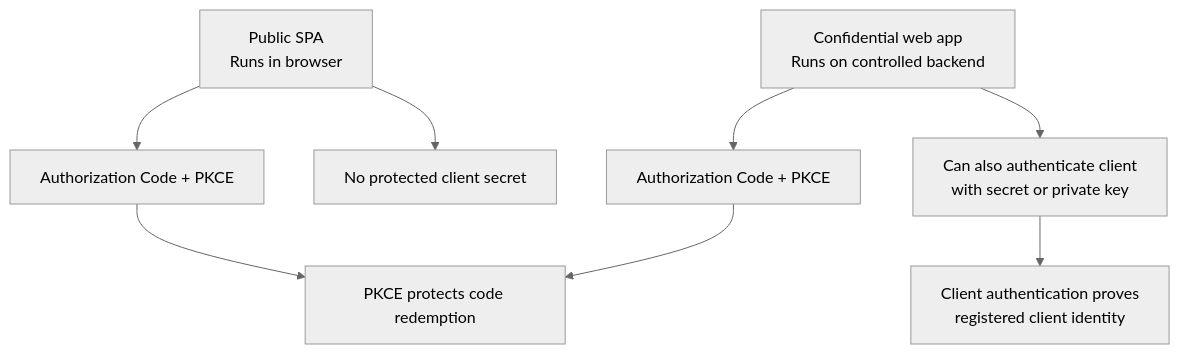
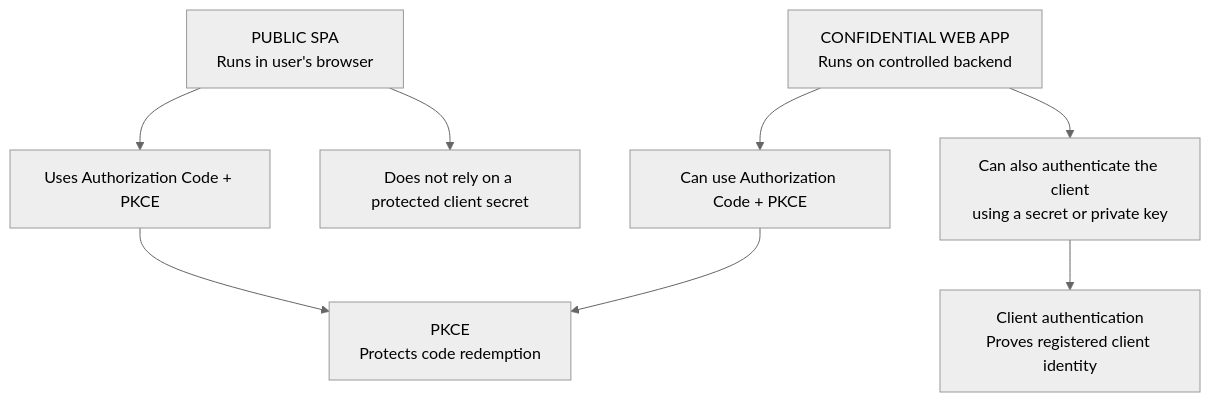
Before and after one commit to TedxHarry/OAuth-OIDC: the eighth of 8 diagrams in diagrams/day-03-authorization-code-pkce.md, drawn with Mermaid (neutral theme). The commit also changed other lines of this file, not shown here.

Commit message:
Clarify Day 3 conceptual and lab diagrams

````diff
--- a/diagrams/day-03-authorization-code-pkce.md
+++ b/diagrams/day-03-authorization-code-pkce.md
@@ -183,15 +241,16 @@
 ```mermaid
 flowchart TB
-    SPA["Public SPA<br/>Runs in browser"]
-    WEB["Confidential web app<br/>Runs on controlled backend"]
+    SPA["PUBLIC SPA<br/>Runs in user's browser"]
+    WEB["CONFIDENTIAL WEB APP<br/>Runs on controlled backend"]
 
-    SPA --> SPK["Authorization Code + PKCE"]
-    SPA --> NONE["No protected client secret"]
+    SPA --> SPK["Uses Authorization Code + PKCE"]
+    SPA --> NONE["Does not rely on a protected client secret"]
 
-    WEB --> WPK["Authorization Code + PKCE"]
-    WEB --> AUTH["Can also authenticate client<br/>with secret or private key"]
+    WEB --> WPK["Can use Authorization Code + PKCE"]
+    WEB --> AUTH["Can also authenticate the client<br/>using a secret or private key"]
 
-    SPK --> RULE["PKCE protects code redemption"]
-    WPK --> RULE
-    AUTH --> CR["Client authentication proves<br/>registered client identity"]
+    SPK --> PKCERULE["PKCE<br/>Protects code redemption"]
+    WPK --> PKCERULE
+
+    AUTH --> CARULE["Client authentication<br/>Proves registered client identity"]
 ```
````
